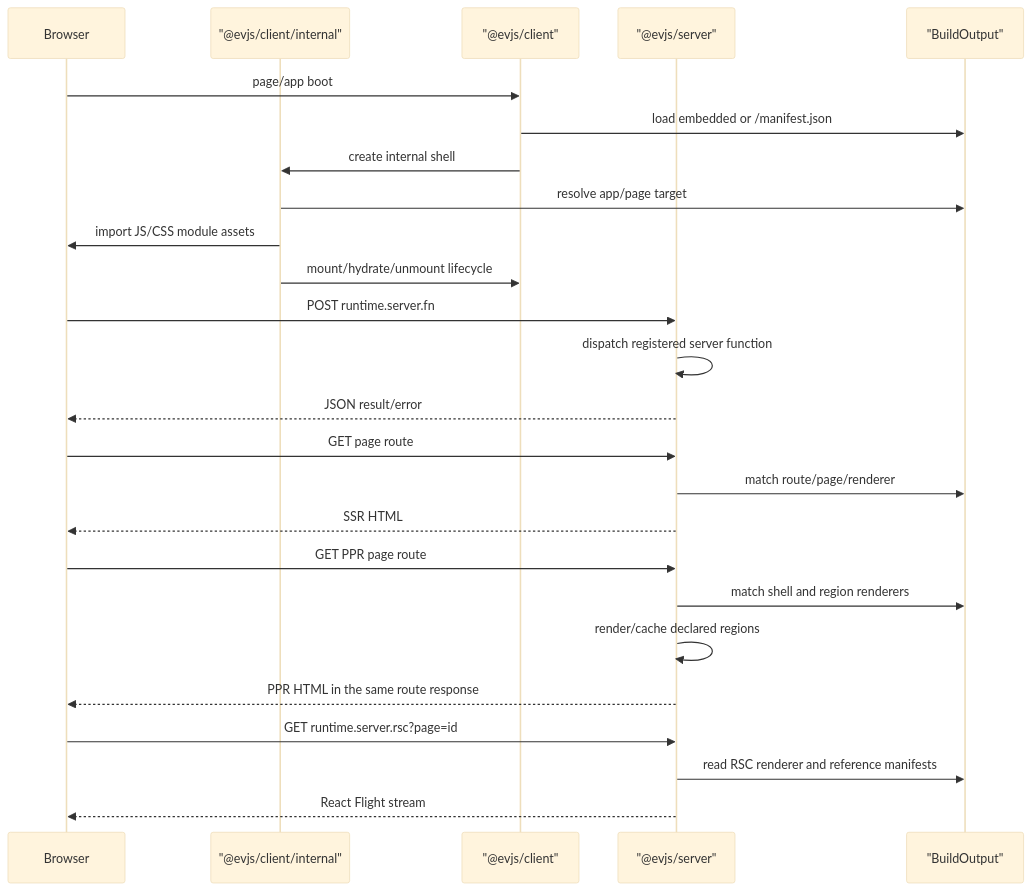
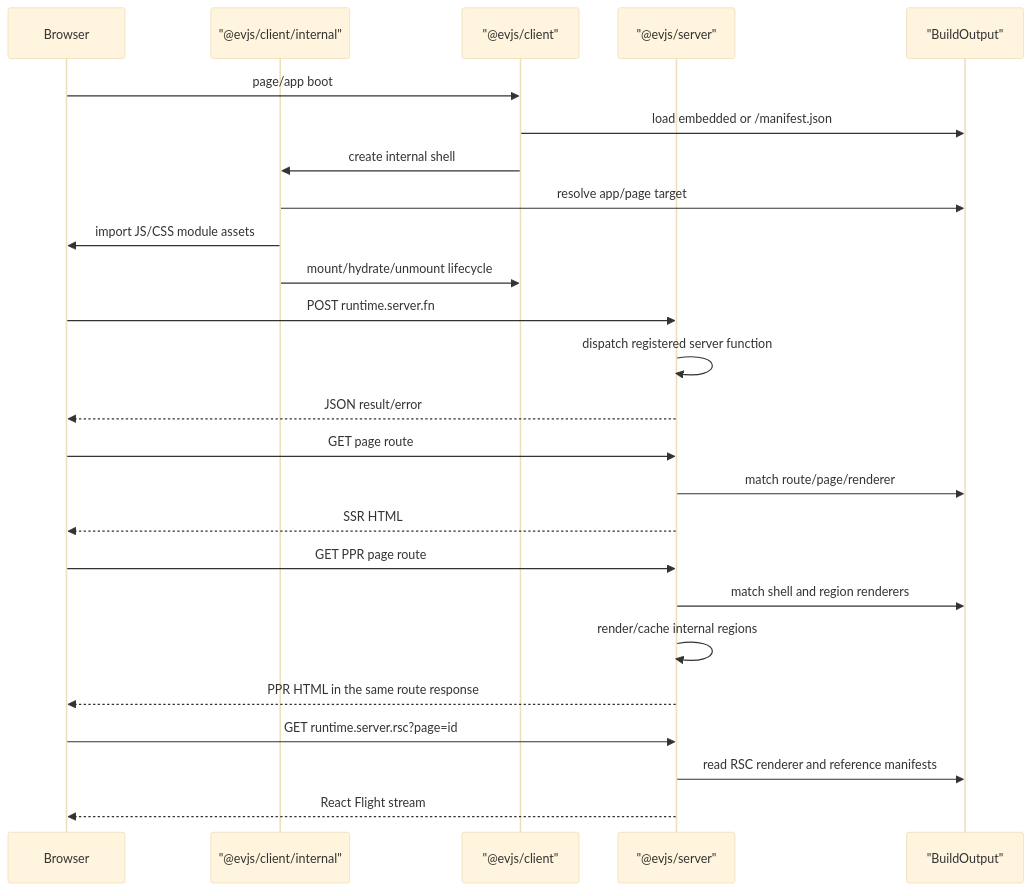
Before and after one commit to binhanchen25-arch/evjs: the second of 3 diagrams in docs/docs/architecture.md, drawn with Mermaid (base theme). The commit also changed other lines of this file and 14 other files, not shown here.

````diff
--- a/docs/docs/architecture.md
+++ b/docs/docs/architecture.md
@@ -162,32 +162,32 @@
 ```mermaid
 sequenceDiagram
   participant Browser
   participant Shell as "@evjs/client/internal"
   participant Runtime as "@evjs/client"
   participant Server as "@evjs/server"
   participant Manifest as "BuildOutput"
 
   Browser->>Runtime: page/app boot
   Runtime->>Manifest: load embedded or /manifest.json
   Runtime->>Shell: create internal shell
   Shell->>Manifest: resolve app/page target
   Shell->>Browser: import JS/CSS module assets
   Shell->>Runtime: mount/hydrate/unmount lifecycle
 
   Browser->>Server: POST runtime.server.fn
   Server->>Server: dispatch registered server function
   Server-->>Browser: JSON result/error
 
   Browser->>Server: GET page route
   Server->>Manifest: match route/page/renderer
   Server-->>Browser: SSR HTML
 
   Browser->>Server: GET PPR page route
   Server->>Manifest: match shell and region renderers
-  Server->>Server: render/cache declared regions
+  Server->>Server: render/cache internal regions
   Server-->>Browser: PPR HTML in the same route response
 
   Browser->>Server: GET runtime.server.rsc?page=id
   Server->>Manifest: read RSC renderer and reference manifests
   Server-->>Browser: React Flight stream
 ```
````
